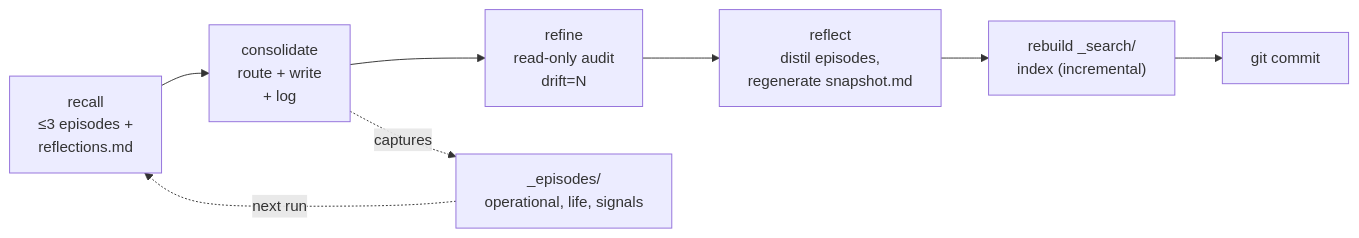
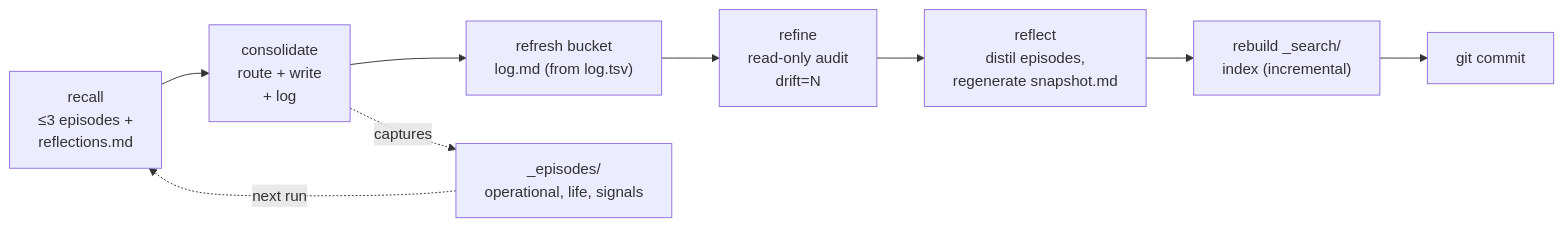
The third of 4 diagrams in README.md (mmanzini/agentic-knowledge-engine), drawn with Mermaid before and after one commit. The commit also changed other lines of this file and 16 other files, not shown here.

````diff
--- a/README.md
+++ b/README.md
@@ -162,10 +161,11 @@
 ```mermaid
 flowchart LR
     REC["recall<br/>≤3 episodes +<br/>reflections.md"] --> CON["consolidate<br/>route + write<br/>+ log"]
-    CON --> REF["refine<br/>read-only audit<br/>drift=N"]
+    CON --> LOG["refresh bucket<br/>log.md (from log.tsv)"]
+    LOG --> REF["refine<br/>read-only audit<br/>drift=N"]
     REF --> RFL["reflect<br/>distil episodes,<br/>regenerate snapshot.md"]
     RFL --> IDX["rebuild _search/<br/>index (incremental)"]
     IDX --> GIT["git commit"]
     CON -.->|"captures"| EP["_episodes/<br/>operational, life, signals"]
     EP -.->|"next run"| REC
 ```
````
